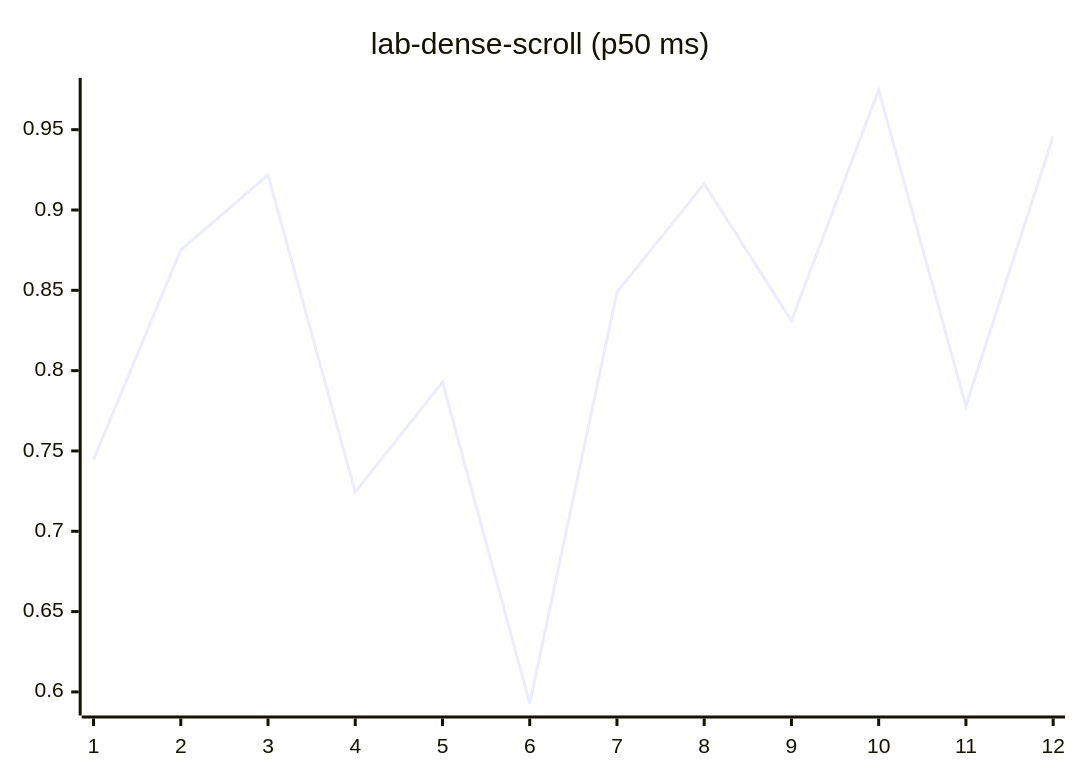
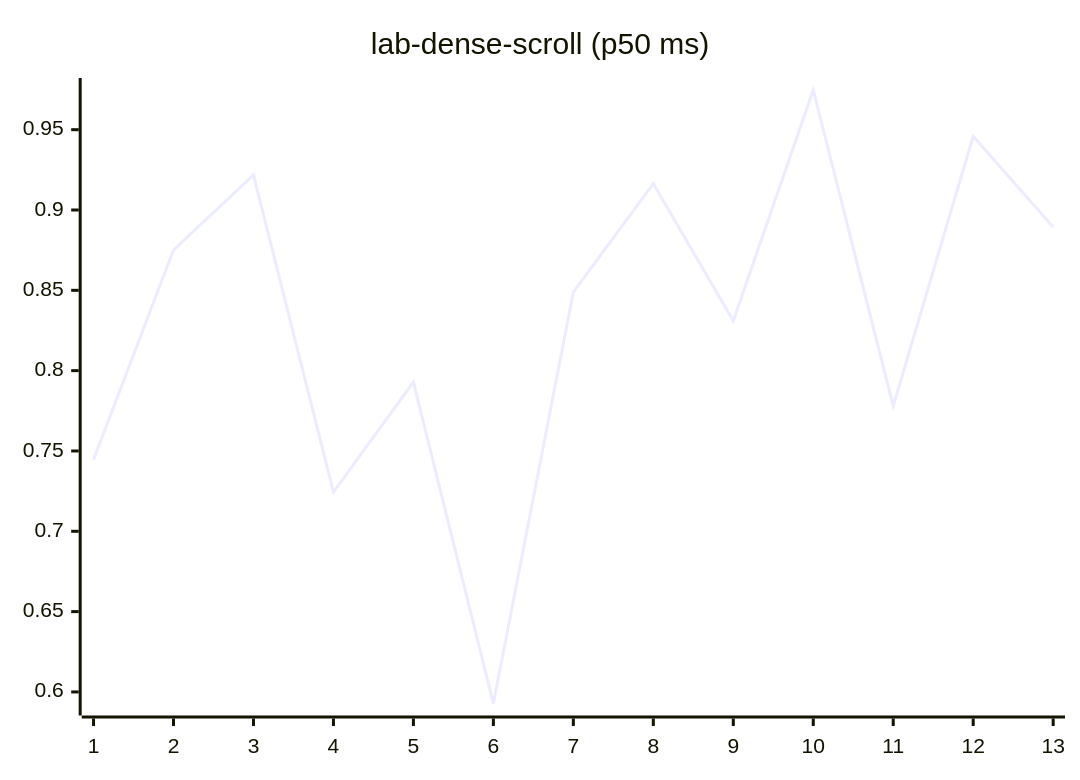
One commit to josha/Facet changed diagram 12 of 27 in README.md. Above: the diagram before and after it, drawn with Mermaid. The commit also changed other lines of this file and 2 other files, not shown here.

````diff
--- a/README.md
+++ b/README.md
@@ -140,6 +140,6 @@
 ```mermaid
 xychart-beta
     title "lab-dense-scroll (p50 ms)"
-    x-axis 1 --> 12
-    line [0.7446, 0.8751, 0.9218, 0.7244, 0.7929, 0.5928, 0.8489, 0.9164, 0.8310, 0.9747, 0.7780, 0.9459]
+    x-axis 1 --> 13
+    line [0.7446, 0.8751, 0.9218, 0.7244, 0.7929, 0.5928, 0.8489, 0.9164, 0.8310, 0.9747, 0.7780, 0.9459, 0.8894]
 ```
````
